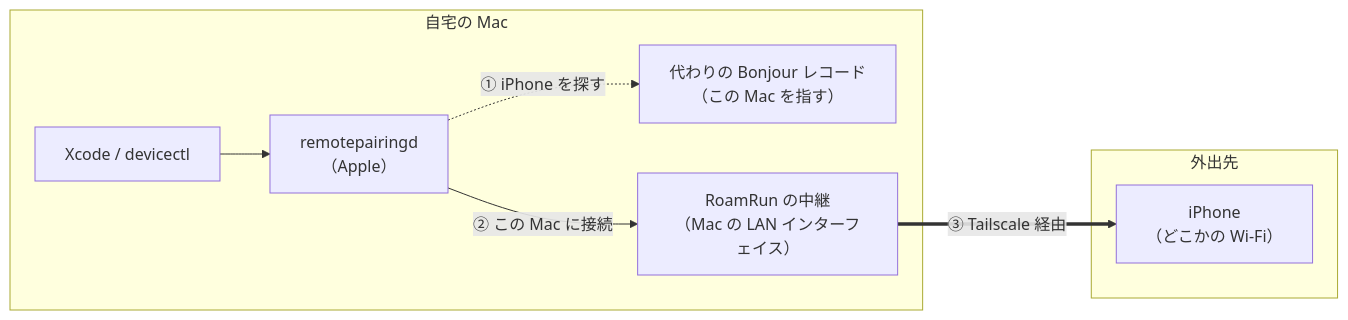
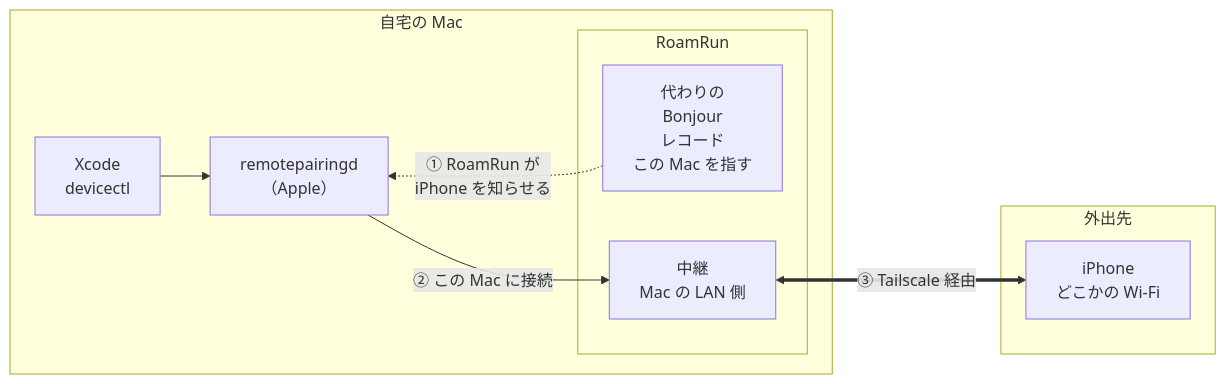
One commit to MichaelC001/RoamRun changed the diagram in README.ja.md. Above: the diagram before and after it, drawn with Mermaid. The commit also changed other lines of this file and 25 other files, not shown here.

````diff
--- a/README.ja.md
+++ b/README.ja.md
@@ -35,14 +23,17 @@
 ```mermaid
 flowchart LR
   subgraph mac["自宅の Mac"]
-    xcode["Xcode / devicectl"] --> rpd["remotepairingd<br/>（Apple）"]
-    fake["代わりの Bonjour レコード<br/>（この Mac を指す）"]
-    relay["RoamRun の中継<br/>（Mac の LAN インターフェイス）"]
+    xcode["Xcode<br/>devicectl"] --> rpd["remotepairingd<br/>（Apple）"]
+    subgraph rr["RoamRun"]
+      fake["代わりの<br/>Bonjour<br/>レコード<br/>この Mac を指す"]
+      relay["中継<br/>Mac の LAN 側"]
+    end
+    rpd ~~~ fake
+    fake -. "① RoamRun が<br/>iPhone を知らせる" .-> rpd
+    rpd -- "② この Mac に接続" --> relay
   end
   subgraph away["外出先"]
-    iphone["iPhone<br/>（どこかの Wi-Fi）"]
+    iphone["iPhone<br/>どこかの Wi-Fi"]
   end
-  rpd -. "① iPhone を探す" .-> fake
-  rpd -- "② この Mac に接続" --> relay
-  relay == "③ Tailscale 経由" ==> iphone
+  relay <== "③ Tailscale 経由" ==> iphone
 ```
````
